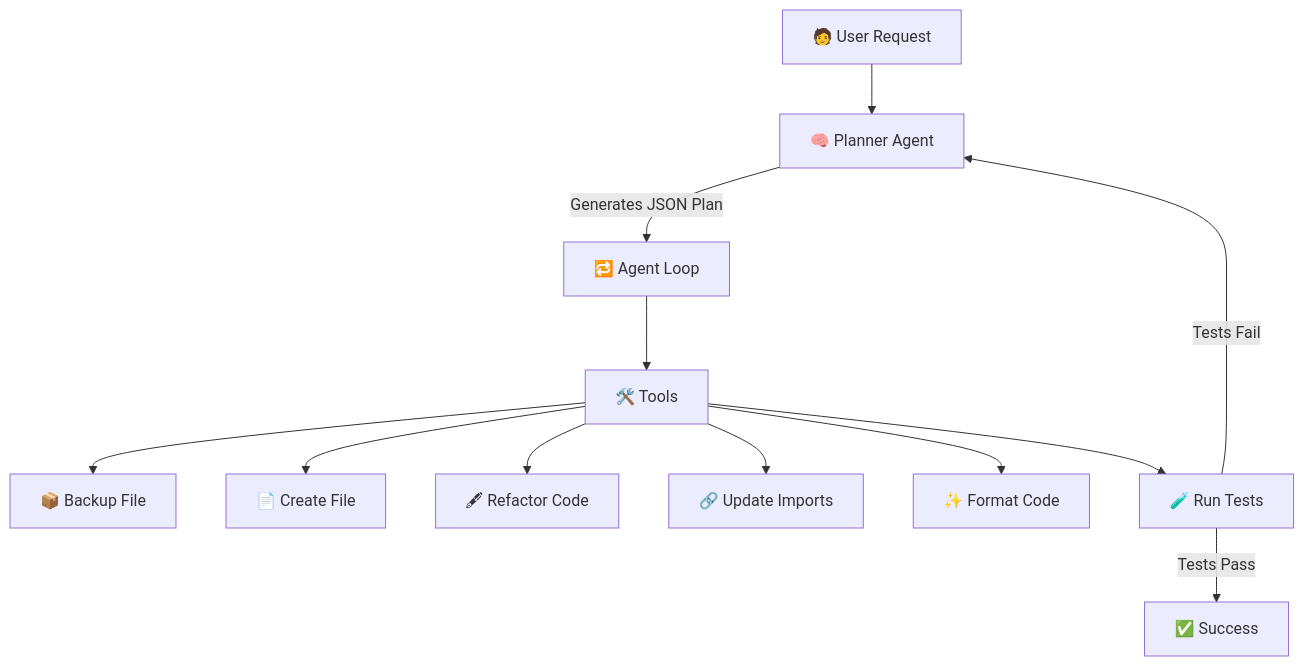
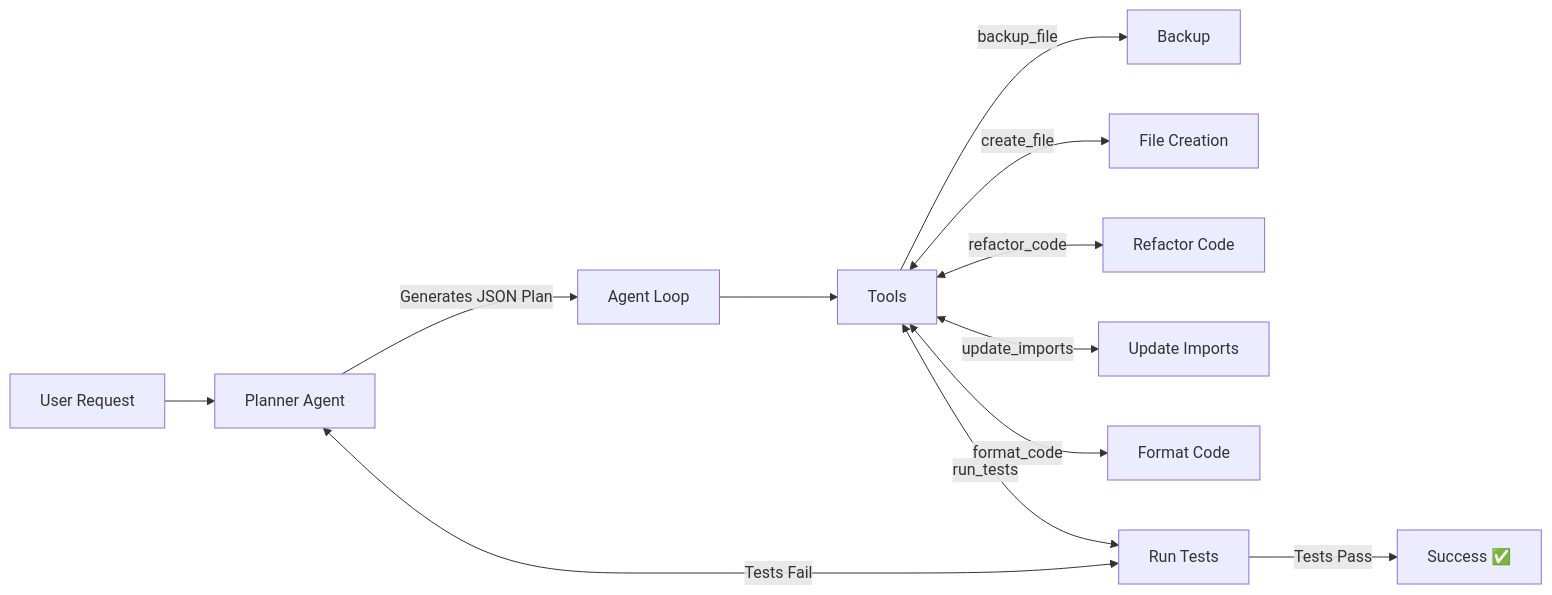
The diagram in README.md (Perpetue237/agentsculptor), drawn with Mermaid before and after one commit.

````diff
--- a/README.md
+++ b/README.md
@@ -301,19 +301,14 @@
 ``` mermaid
-flowchart TD
-    A[🧑 User Request]
-    B[🧠 Planner Agent]
-    C[🔁 Agent Loop]
-    D[🛠️ Tools]
-    E[✅ Success]
-
-    A --> B -->|Generates JSON Plan| C --> D
-    D --> D1[📦 Backup File]
-    D --> D2[📄 Create File]
-    D --> D3[🖋 Refactor Code]
-    D --> D4[🔗 Update Imports]
-    D --> D5[✨ Format Code]
-    D --> D6[🧪 Run Tests]
-
-    D6 -->|Tests Pass| E
-    D6 -->|Tests Fail| B
+flowchart LR
+    A[User Request] --> B[Planner Agent]
+    B -->|Generates JSON Plan| C[Agent Loop]
+    C --> D[Tools]
+    D -->|backup_file| D1[Backup]
+    D <-->|create_file| D2[File Creation]
+    D <-->|refactor_code| D3[Refactor Code]
+    D <-->|update_imports| D4[Update Imports]
+    D <-->|format_code| D5[Format Code]
+    D <-->|run_tests| D6[Run Tests]
+    D6 <-->|Tests Fail| B
+    D6 -->|Tests Pass| E[Success ✅]
 ```
````
